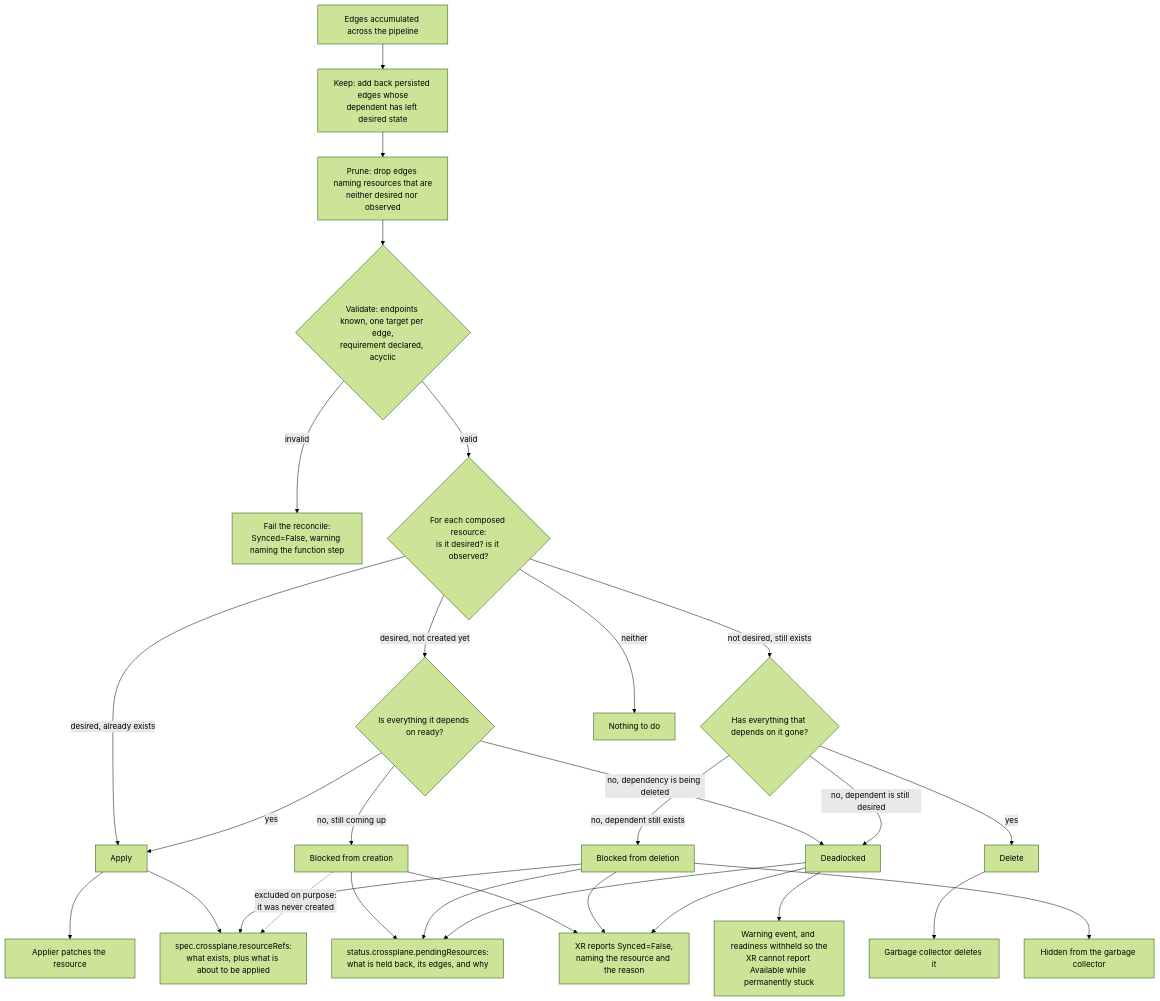
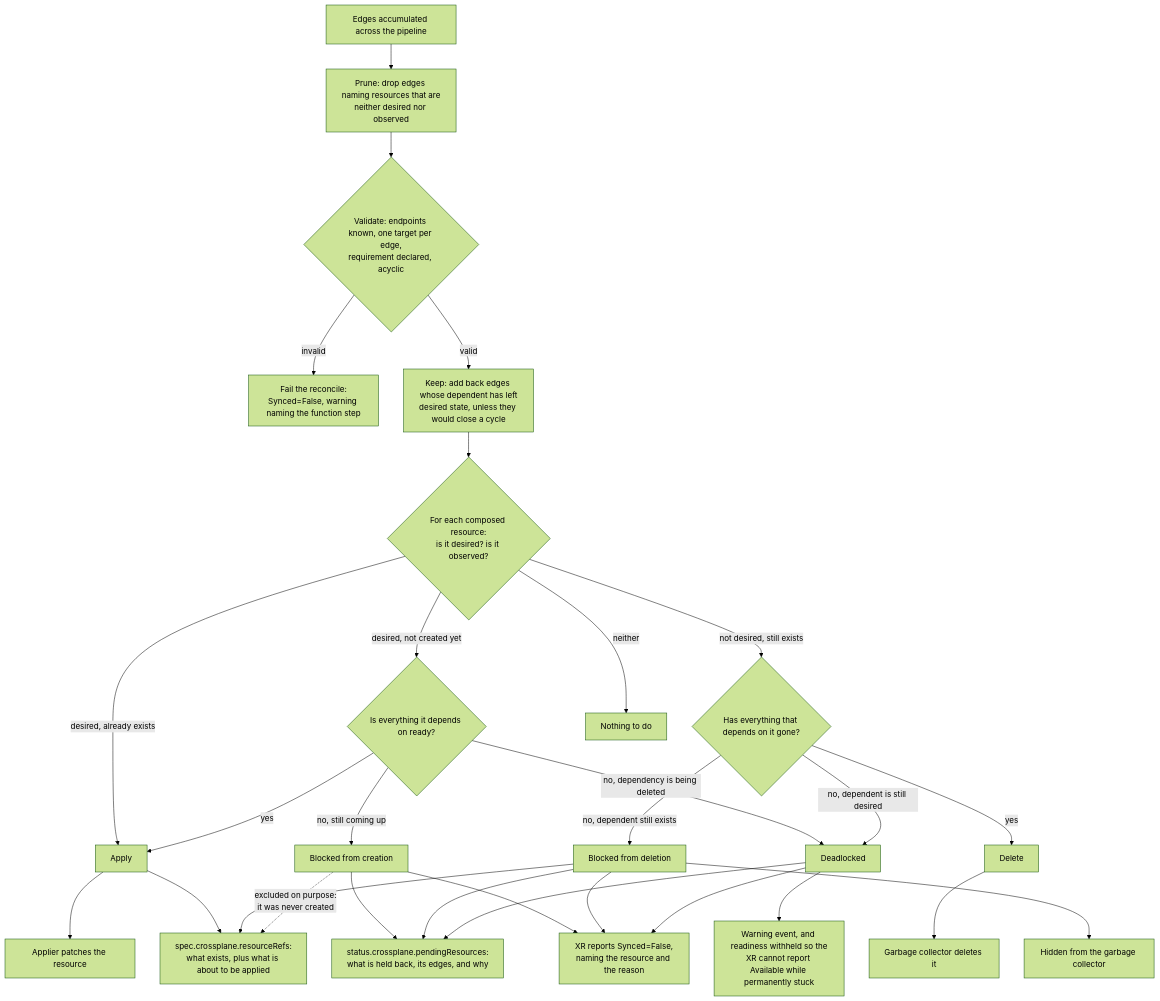
Before and after one commit to crossplane/crossplane: the diagram in design/design-doc-composed-resource-ordering.md, drawn with Mermaid (forest theme). The commit also changed other lines of this file, not shown here.

First line of the commit message:
Match the design to how kept edges are added

````diff
--- a/design/design-doc-composed-resource-ordering.md
+++ b/design/design-doc-composed-resource-ordering.md
@@ -426,39 +427,39 @@
 ```mermaid
 flowchart TD
     A["Edges accumulated across the pipeline"]
-    A --> K["Keep: add back persisted edges whose<br/>dependent has left desired state"]
-    K --> B["Prune: drop edges naming resources that are<br/>neither desired nor observed"]
+    A --> B["Prune: drop edges naming resources that are<br/>neither desired nor observed"]
     B --> C{"Validate: endpoints known, one target per edge,<br/>requirement declared, acyclic"}
     C -- invalid --> X["Fail the reconcile:<br/>Synced=False, warning naming the function step"]
-    C -- valid --> D{"For each composed resource:<br/>is it desired? is it observed?"}
+    C -- valid --> K["Keep: add back edges whose dependent has left<br/>desired state, unless they would close a cycle"]
+    K --> D{"For each composed resource:<br/>is it desired? is it observed?"}
 
     D -- "desired, already exists" --> AP["Apply"]
     D -- "desired, not created yet" --> G1{"Is everything it depends on ready?"}
     D -- "not desired, still exists" --> G2{"Has everything that depends on it gone?"}
     D -- "neither" --> Z["Nothing to do"]
 
     G1 -- yes --> AP
     G1 -- "no, still coming up" --> W1["Blocked from creation"]
     G1 -- "no, dependency is being deleted" --> DL["Deadlocked"]
 
     G2 -- yes --> DE["Delete"]
     G2 -- "no, dependent still exists" --> W2["Blocked from deletion"]
     G2 -- "no, dependent is still desired" --> DL
 
     AP --> PATCH["Applier patches the resource"]
     DE --> GC["Garbage collector deletes it"]
     W2 --> HIDE["Hidden from the garbage collector"]
 
     AP --> REFS["spec.crossplane.resourceRefs:<br/>what exists, plus what is about to be applied"]
     W2 --> REFS
     W1 -. "excluded on purpose:<br/>it was never created" .-> REFS
 
     W1 --> PEND["status.crossplane.pendingResources:<br/>what is held back, its edges, and why"]
     W2 --> PEND
     DL --> PEND
 
     W1 --> SYNC["XR reports Synced=False,<br/>naming the resource and the reason"]
     W2 --> SYNC
     DL --> SYNC
     DL --> WARN["Warning event, and readiness withheld so the<br/>XR cannot report Available while permanently stuck"]
 ```
````
